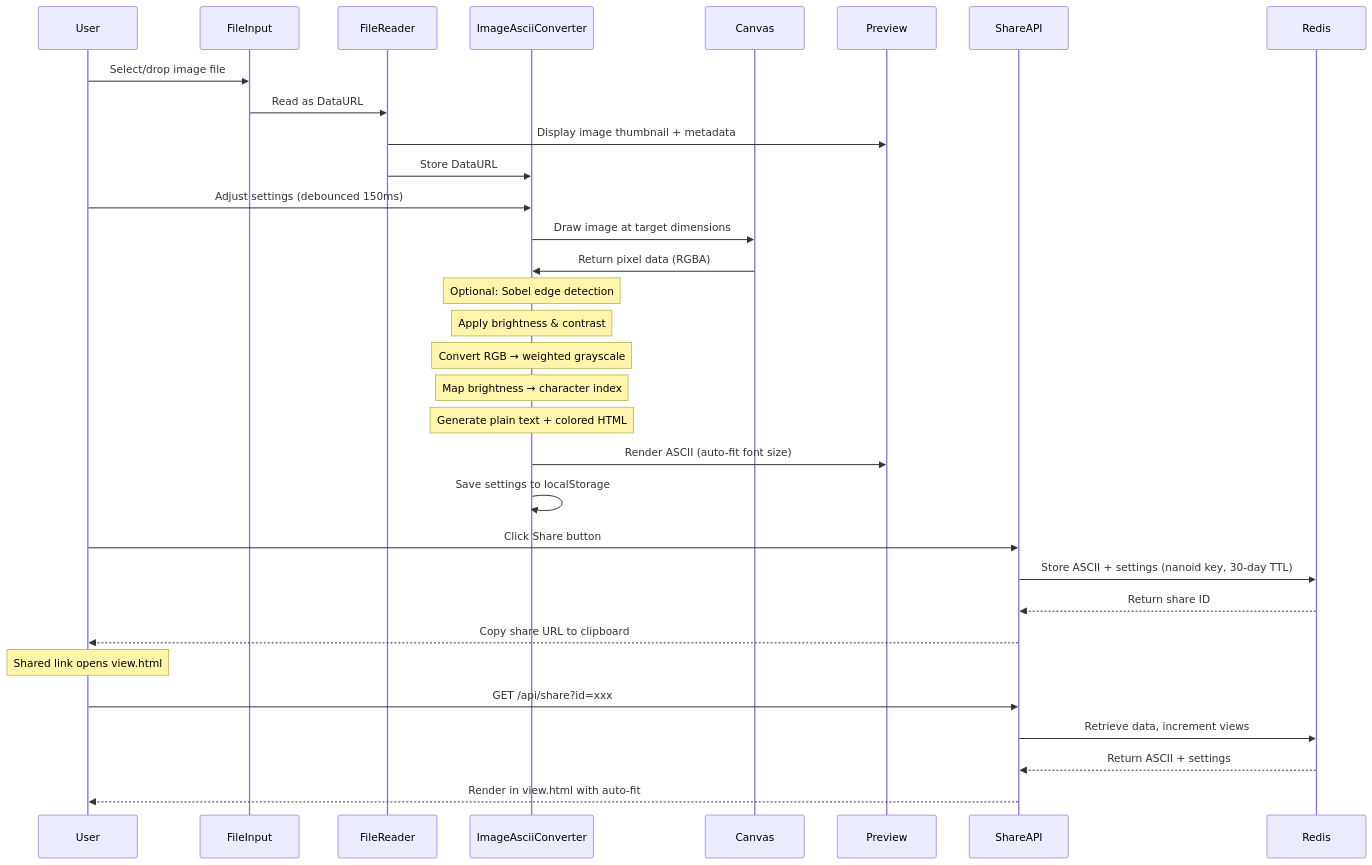
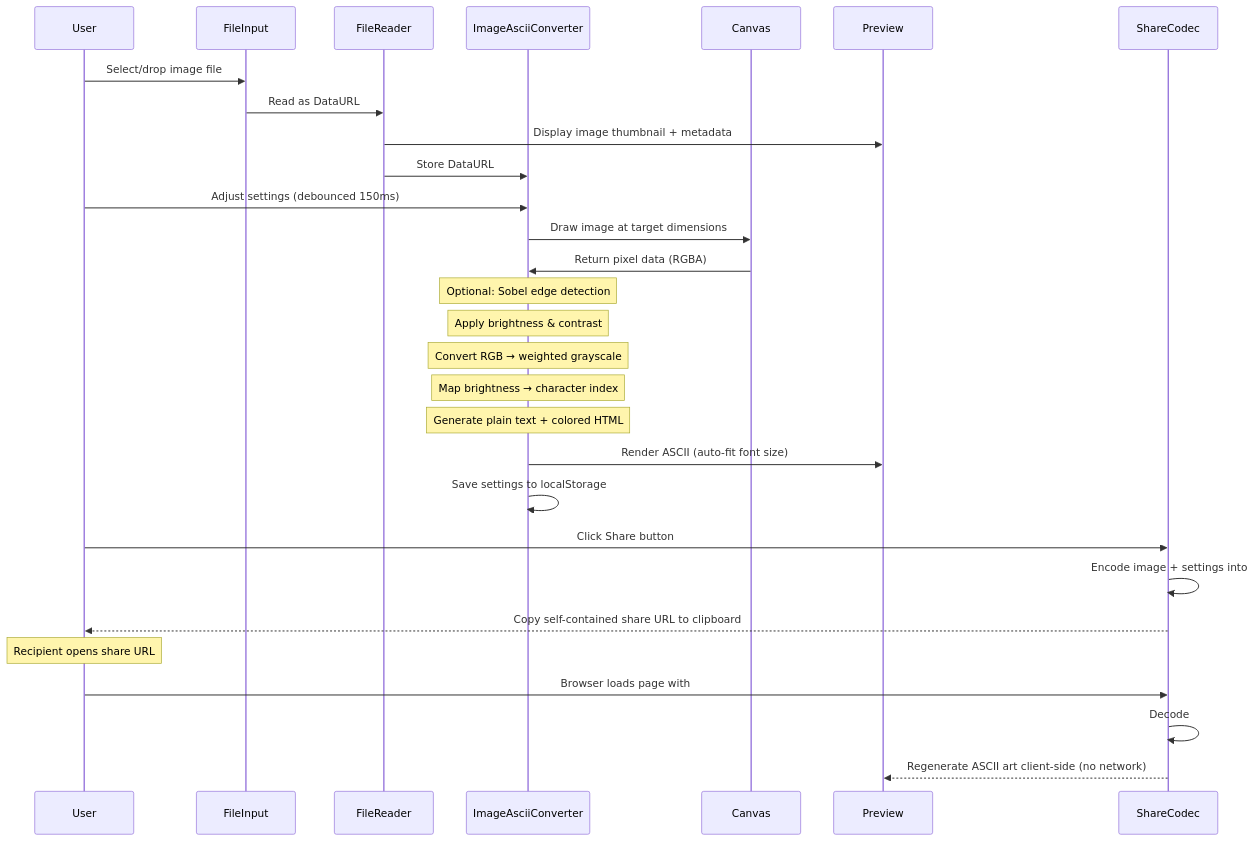
One commit to Technical-1/Image-To-Ascii-Vite changed the second of 2 diagrams in .portfolio/architecture.md. Above: the diagram before and after it, drawn with Mermaid. The commit also changed other lines of this file and 5 other files, not shown here.

````diff
--- a/.portfolio/architecture.md
+++ b/.portfolio/architecture.md
@@ -73,40 +67,37 @@
 ```mermaid
 sequenceDiagram
     participant User
     participant FileInput
     participant FileReader
     participant ImageAsciiConverter
     participant Canvas
     participant Preview
-    participant ShareAPI
-    participant Redis
+    participant ShareCodec
 
     User->>FileInput: Select/drop image file
     FileInput->>FileReader: Read as DataURL
     FileReader->>Preview: Display image thumbnail + metadata
     FileReader->>ImageAsciiConverter: Store DataURL
 
     User->>ImageAsciiConverter: Adjust settings (debounced 150ms)
     ImageAsciiConverter->>Canvas: Draw image at target dimensions
     Canvas->>ImageAsciiConverter: Return pixel data (RGBA)
 
     Note over ImageAsciiConverter: Optional: Sobel edge detection
     Note over ImageAsciiConverter: Apply brightness & contrast
     Note over ImageAsciiConverter: Convert RGB → weighted grayscale
     Note over ImageAsciiConverter: Map brightness → character index
     Note over ImageAsciiConverter: Generate plain text + colored HTML
 
     ImageAsciiConverter->>Preview: Render ASCII (auto-fit font size)
     ImageAsciiConverter->>ImageAsciiConverter: Save settings to localStorage
 
-    User->>ShareAPI: Click Share button
-    ShareAPI->>Redis: Store ASCII + settings (nanoid key, 30-day TTL)
-    Redis-->>ShareAPI: Return share ID
-    ShareAPI-->>User: Copy share URL to clipboard
+    User->>ShareCodec: Click Share button
+    ShareCodec->>ShareCodec: Encode image + settings into #s= URL fragment
+    ShareCodec-->>User: Copy self-contained share URL to clipboard
 
-    Note over User: Shared link opens view.html
-    User->>ShareAPI: GET /api/share?id=xxx
-    ShareAPI->>Redis: Retrieve data, increment views
-    Redis-->>ShareAPI: Return ASCII + settings
-    ShareAPI-->>User: Render in view.html with auto-fit
+    Note over User: Recipient opens share URL
+    User->>ShareCodec: Browser loads page with #s= fragment
+    ShareCodec->>ShareCodec: Decode #s= → image + settings
+    ShareCodec-->>Preview: Regenerate ASCII art client-side (no network)
 ```
````
